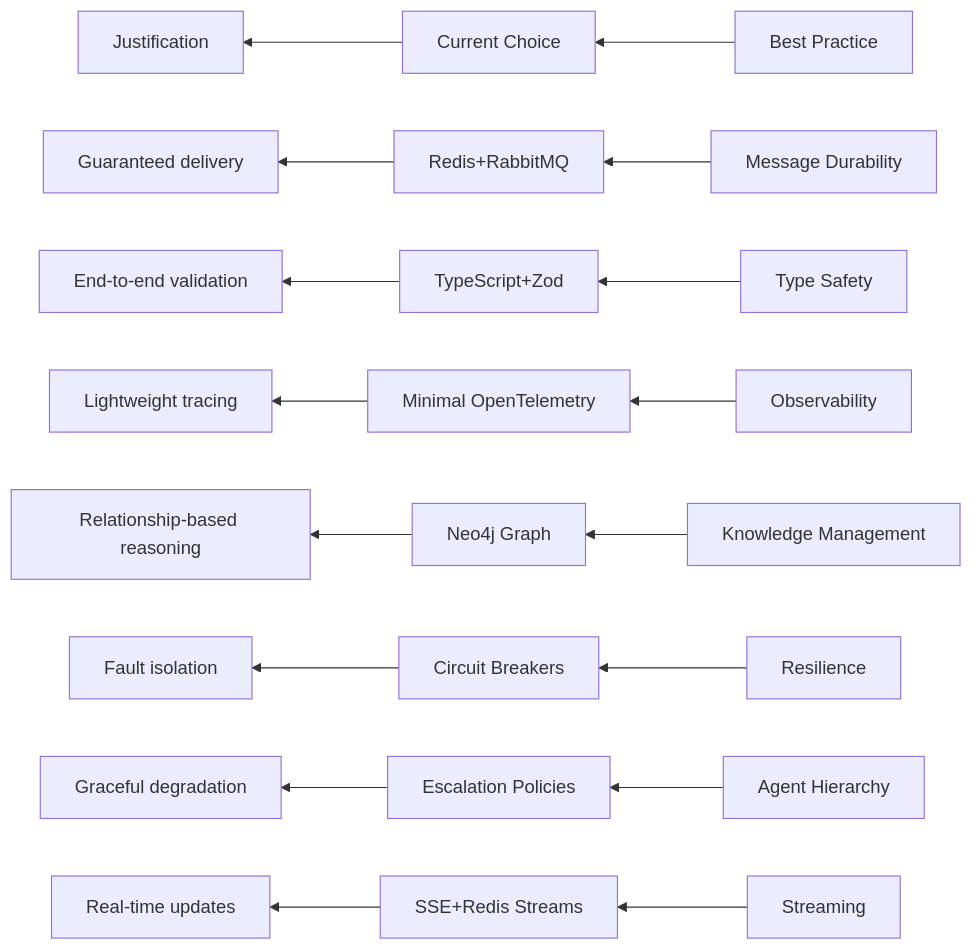
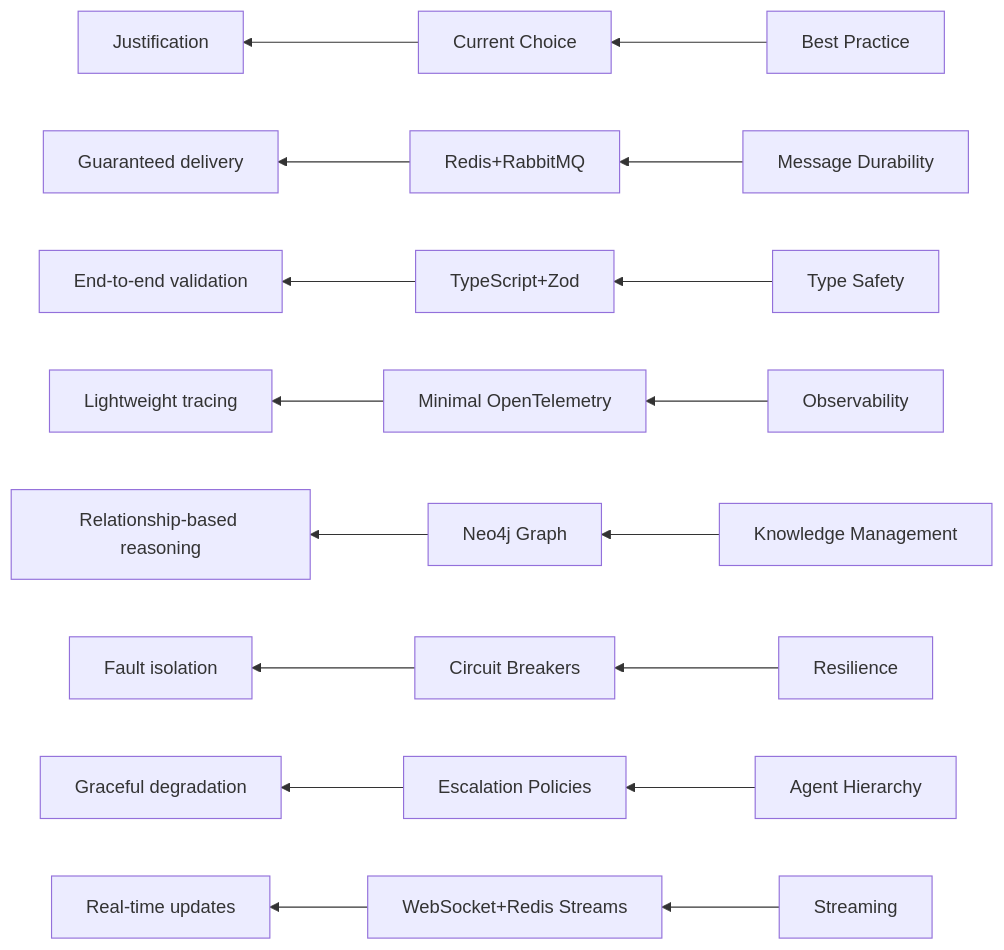
One commit to geoffsweeney/wine-recommender changed the second of 2 diagrams in memory-bank/Architecture/architecture_summary.md. Above: the diagram before and after it, drawn with Mermaid. The commit also changed other lines of this file and 6 other files, not shown here.

````diff
--- a/memory-bank/Architecture/architecture_summary.md
+++ b/memory-bank/Architecture/architecture_summary.md
@@ -134,26 +138,26 @@
 ```mermaid
 graph RL
     A[Best Practice] --> B[Current Choice]
     B --> C[Justification]
     
     A1[Message Durability] --> B1[Redis+RabbitMQ]
     B1 --> C1[Guaranteed delivery]
     
     A2[Type Safety] --> B2[TypeScript+Zod]
     B2 --> C2[End-to-end validation]
     
     A3[Observability] --> B3[Minimal OpenTelemetry]
     B3 --> C3[Lightweight tracing]
     
     A4[Knowledge Management] --> B4[Neo4j Graph]
     B4 --> C4[Relationship-based reasoning]
     
     A5[Resilience] --> B5[Circuit Breakers]
     B5 --> C5[Fault isolation]
     
     A6[Agent Hierarchy] --> B6[Escalation Policies]
     B6 --> C6[Graceful degradation]
     
-    A7[Streaming] --> B7[SSE+Redis Streams]
+    A7[Streaming] --> B7[WebSocket+Redis Streams]
     B7 --> C7[Real-time updates]
 ```
````
